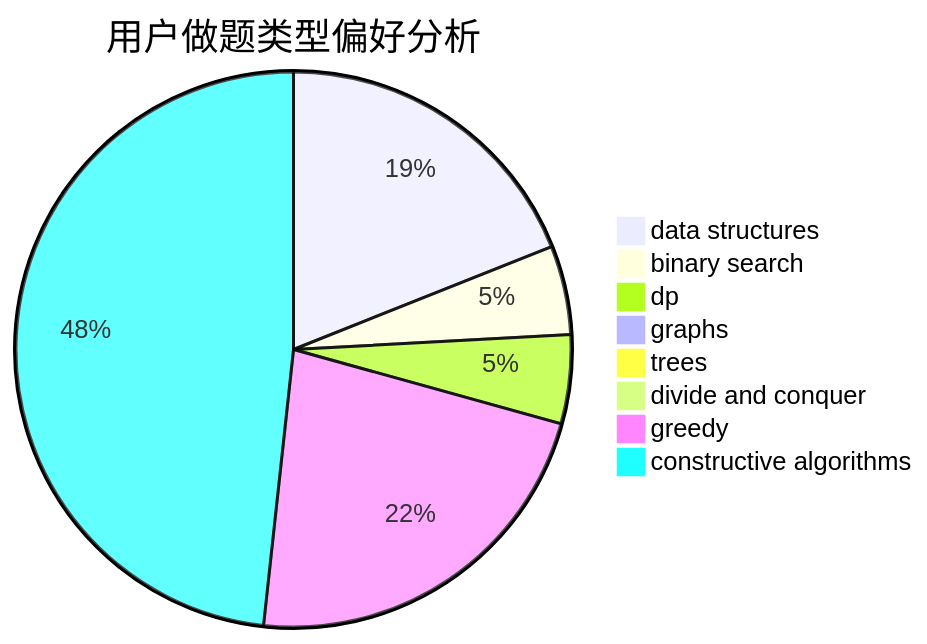
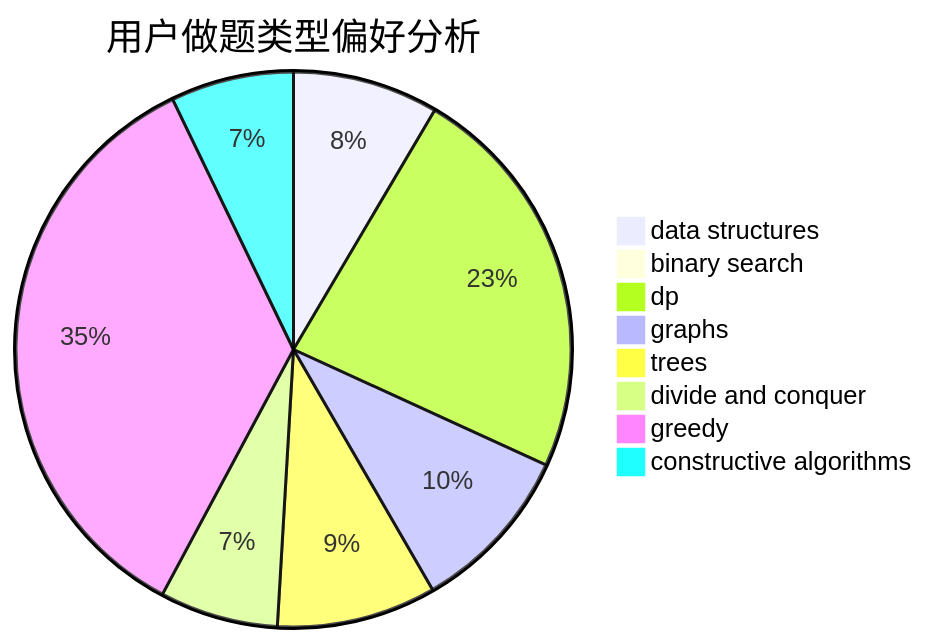
Before and after one commit to sherpahu/cfrs.github.io: the second of 3 diagrams in docs/user/u1330.md, drawn with Mermaid. The commit also changed other lines of this file and 2770 other files, not shown here.

````diff
--- a/docs/user/u1330.md
+++ b/docs/user/u1330.md
@@ -23,11 +23,11 @@
 ```mermaid
 pie title 用户做题类型偏好分析
-    "data structures" :  11
-    "binary search" :  3
-    "dp" :  3
-    "graphs" :  0
-    "trees" :  0
-    "divide and conquer" :  0
-    "greedy" :  13
-    "constructive algorithms" :  28
+    "data structures" :  32
+    "binary search" :  1
+    "dp" :  88
+    "graphs" :  37
+    "trees" :  35
+    "divide and conquer" :  26
+    "greedy" :  132
+    "constructive algorithms" :  27
 ```
````
